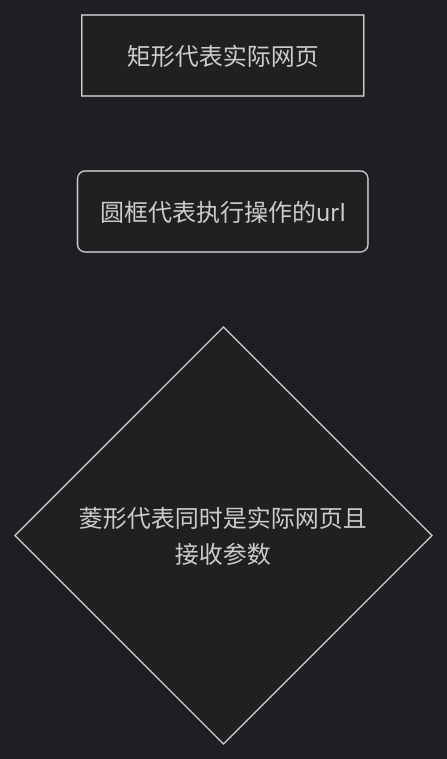
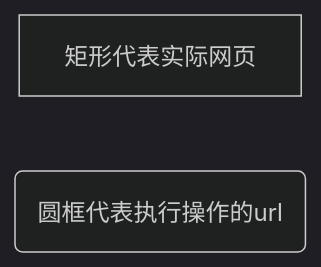
The first of 13 diagrams in 设计.md (LingrenKong/DB_project), drawn with Mermaid (dark theme) before and after one commit. The commit also changed other lines of this file and 2 other files, not shown here.

````diff
--- a/设计.md
+++ b/设计.md
@@ -155,6 +140,5 @@
 ```mermaid
 graph LR
 	A[矩形代表实际网页]
 	B(圆框代表执行操作的url)
-	C{菱形代表同时是实际网页且接收参数}
 ```
````
